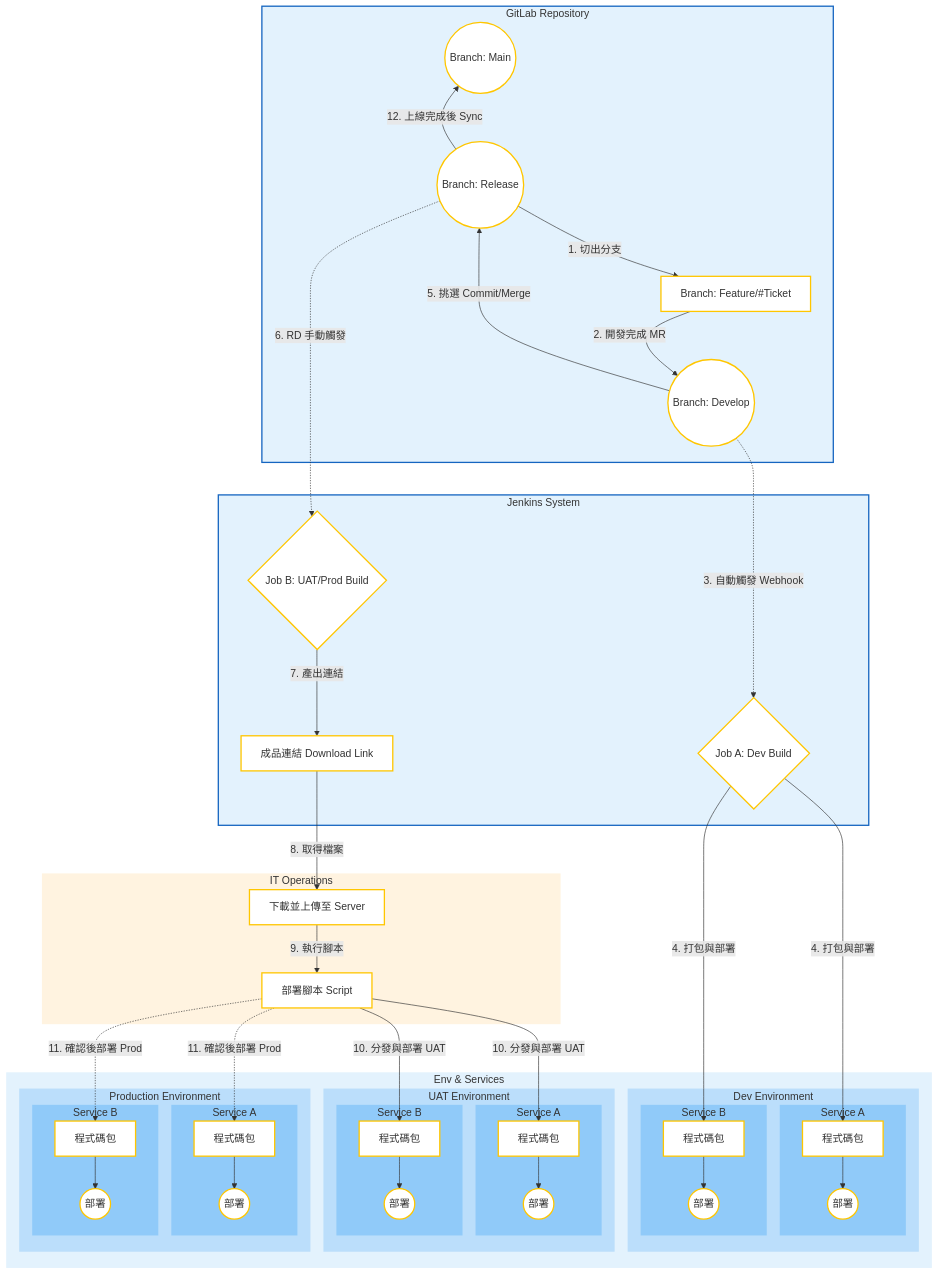
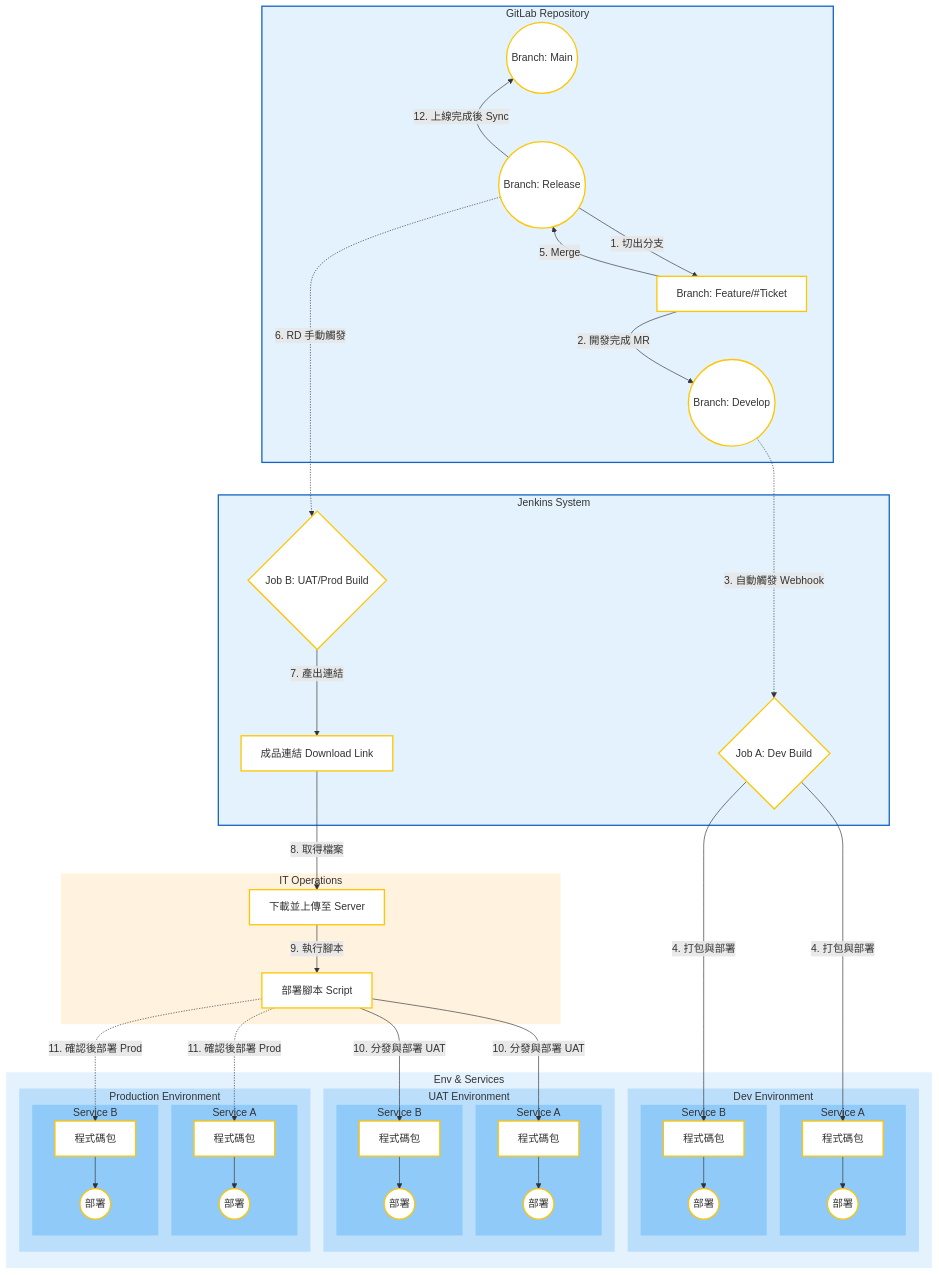
Before and after one commit to almightyken0425/KnowledgeVault: the second of 2 diagrams in SIT/ReleaseWorkFlow.md, drawn with Mermaid.

```diff
--- a/SIT/ReleaseWorkFlow.md
+++ b/SIT/ReleaseWorkFlow.md
@@ -123,7 +123,7 @@
     Develop -.->|3. 自動觸發 Webhook| JobA
     JobA --->|4. 打包與部署| DevPkgA & DevPkgB
     
-    Develop -->|5. 挑選 Commit/Merge| Release
+    Feature -->|5. Merge| Release
     Release -.->|6. RD 手動觸發| JobB
     
     JobB -->|7. 產出連結| Artifact
```
